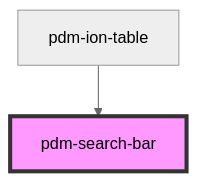
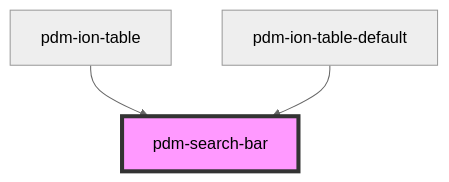
The diagram in pdm-web-components/src/components/pdm-search-bar/readme.md (PharmaLedger-IMI/fgt-workspace), drawn with Mermaid (neutral theme) before and after one commit. The commit also changed other lines of this file and 4 other files, not shown here.

````diff
--- a/pdm-web-components/src/components/pdm-search-bar/readme.md
+++ b/pdm-web-components/src/components/pdm-search-bar/readme.md
@@ -30,5 +31,6 @@
 ```mermaid
 graph TD;
   pdm-ion-table --> pdm-search-bar
+  pdm-ion-table-default --> pdm-search-bar
   style pdm-search-bar fill:#f9f,stroke:#333,stroke-width:4px
 ```
````
